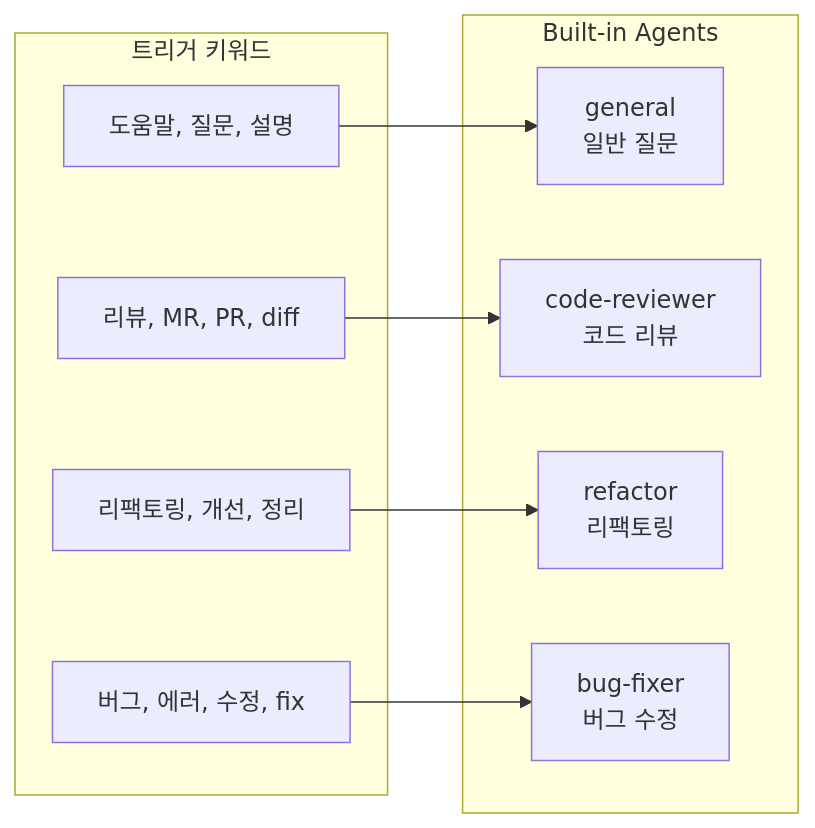
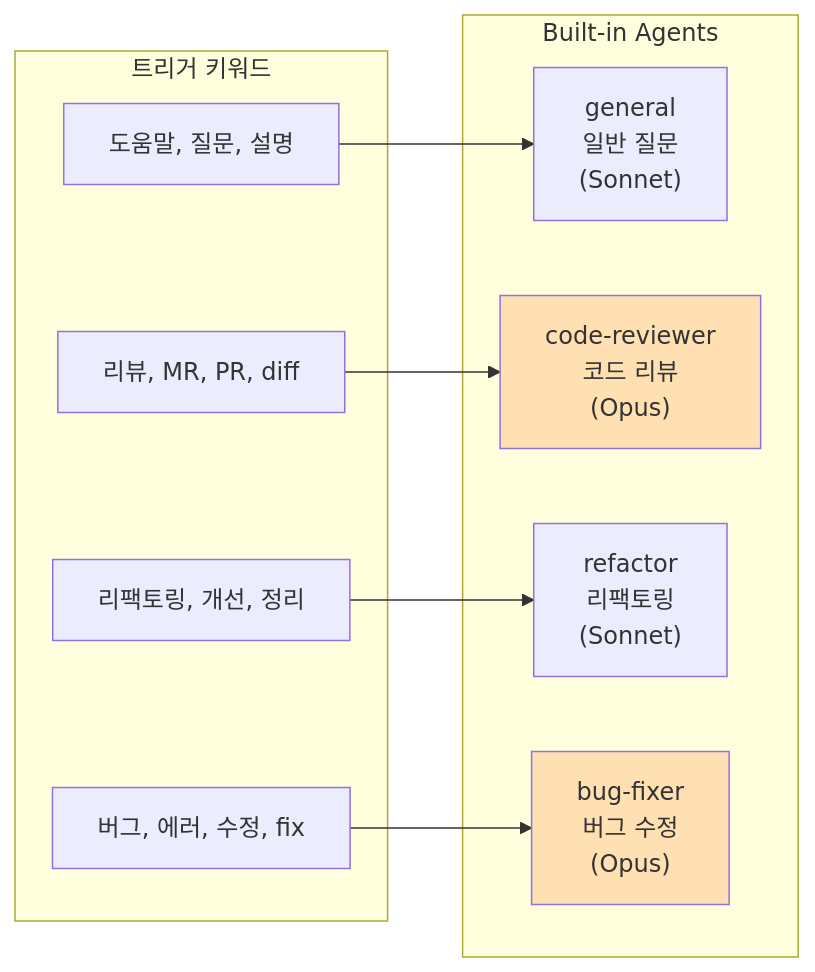
Before and after one commit to Gyeom/claude-flow: the fifth of 20 diagrams in docs/ARCHITECTURE.md, drawn with Mermaid. The commit also changed other lines of this file and 8 other files, not shown here.

````diff
--- a/docs/ARCHITECTURE.md
+++ b/docs/ARCHITECTURE.md
@@ -191,21 +191,24 @@
 ```mermaid
 graph LR
     subgraph Agents["Built-in Agents"]
-        G["general<br/>일반 질문"]
-        CR["code-reviewer<br/>코드 리뷰"]
-        RF["refactor<br/>리팩토링"]
-        BF["bug-fixer<br/>버그 수정"]
+        G["general<br/>일반 질문<br/>(Sonnet)"]
+        CR["code-reviewer<br/>코드 리뷰<br/>(Opus)"]
+        RF["refactor<br/>리팩토링<br/>(Sonnet)"]
+        BF["bug-fixer<br/>버그 수정<br/>(Opus)"]
     end
 
     subgraph Keywords["트리거 키워드"]
         K1["도움말, 질문, 설명"]
         K2["리뷰, MR, PR, diff"]
         K3["리팩토링, 개선, 정리"]
         K4["버그, 에러, 수정, fix"]
     end
 
     K1 --> G
     K2 --> CR
     K3 --> RF
     K4 --> BF
+
+    style CR fill:#ffe0b2
+    style BF fill:#ffe0b2
 ```
````
